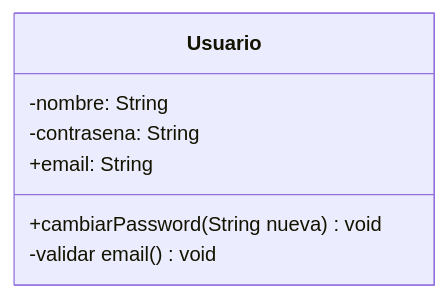
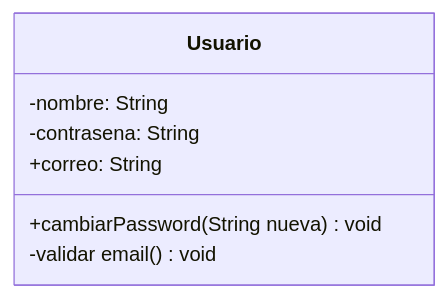
One commit to antondm11/6.2.BateriaDeEjercicios changed the first of 6 diagrams in README.md. Above: the diagram before and after it, drawn with Mermaid.

Commit message:
Actualizar README

````diff
--- a/README.md
+++ b/README.md
@@ -6,11 +6,11 @@
 ```mermaid  
 classDiagram 
 direction TB
     class Usuario {
 	    -nombre: String
 	    -contrasena: String
-	    +email: String
+	    +correo: String
 	    +cambiarPassword(String nueva) void
 	    -validar email() void
     }
 ```
````
